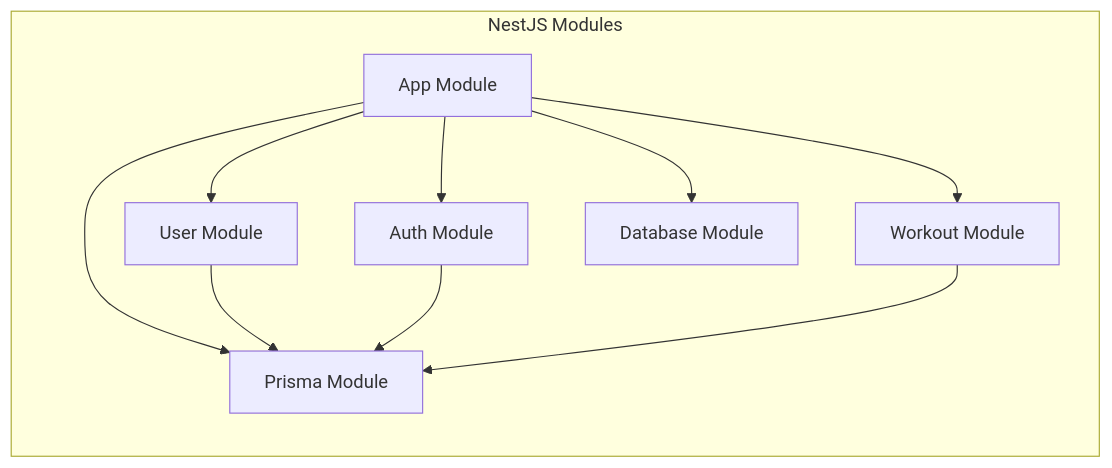
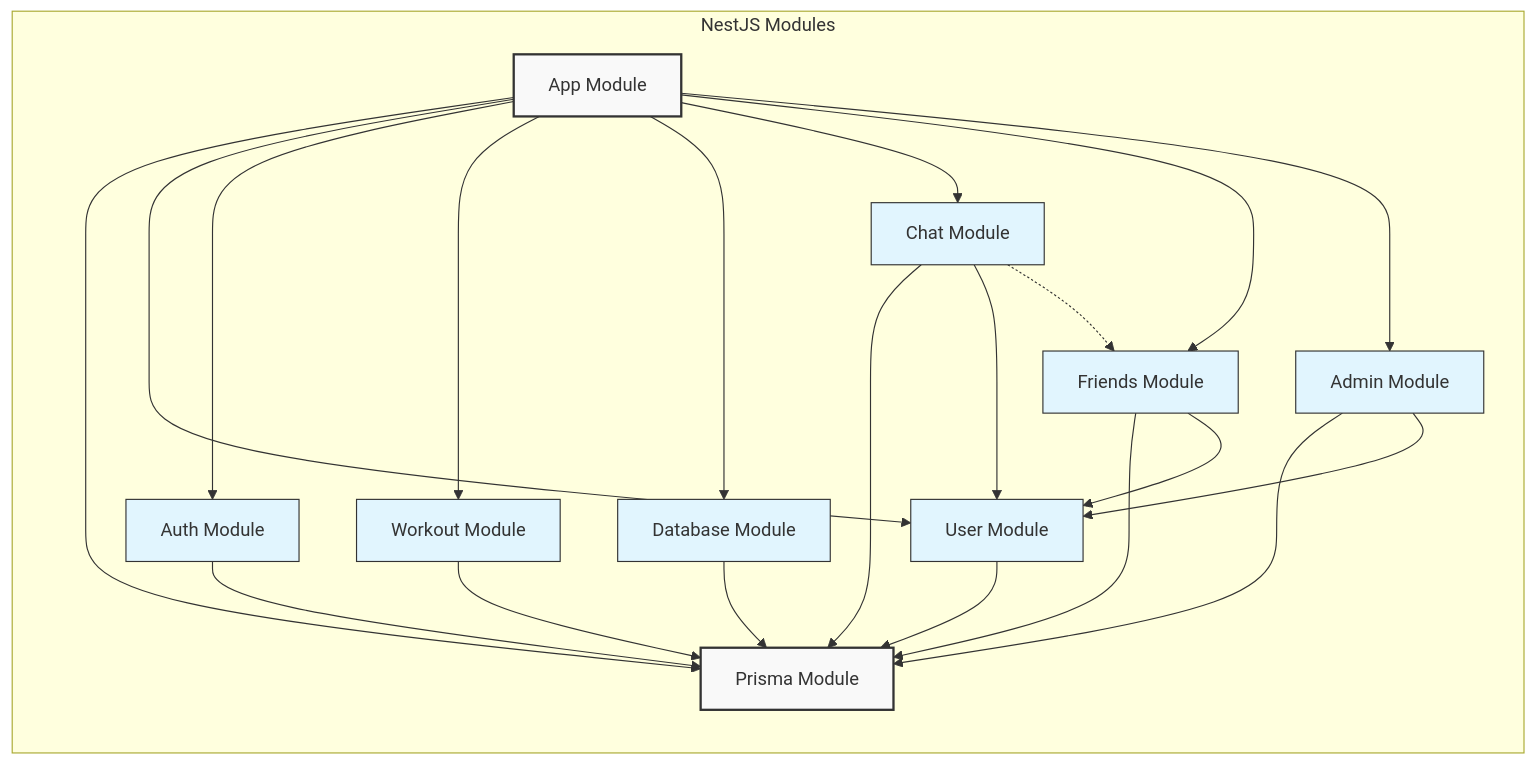
One commit to KevDef1010/Discordgym- changed the third of 4 diagrams in ARCHITECTURE-DIAGRAM.md. Above: the diagram before and after it, drawn with Mermaid. The commit also changed other lines of this file and 60 other files, not shown here.

First line of the commit message:
feat(architecture): Modernisierte Serverarchitektur und Deployment-Workflows

````diff
--- a/ARCHITECTURE-DIAGRAM.md
+++ b/ARCHITECTURE-DIAGRAM.md
@@ -67,21 +97,43 @@
 ```mermaid
 graph LR
     subgraph "NestJS Modules"
         AM[App Module]
         PM[Prisma Module]
         UM[User Module]
         AUM[Auth Module]
         WM[Workout Module]
         DM[Database Module]
+        CM[Chat Module]
+        FM[Friends Module]
+        ADM[Admin Module]
     end
     
     AM --> PM
     AM --> UM
     AM --> AUM
     AM --> WM
     AM --> DM
+    AM --> CM
+    AM --> FM
+    AM --> ADM
     
     UM --> PM
     AUM --> PM
     WM --> PM
+    DM --> PM
+    CM --> PM
+    FM --> PM
+    ADM --> PM
+    
+    CM --> UM
+    FM --> UM
+    ADM --> UM
+    
+    CM -.-> FM
+    
+    classDef core fill:#f9f9f9,stroke:#333,stroke-width:2px
+    classDef feature fill:#e1f5fe,stroke:#333,stroke-width:1px
+    
+    class AM,PM core
+    class UM,AUM,WM,DM,CM,FM,ADM feature
 ```
````
